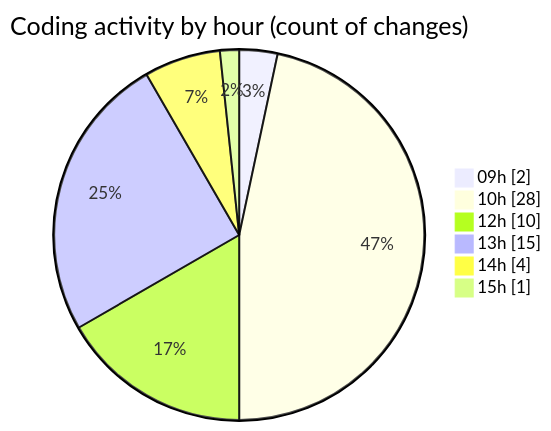
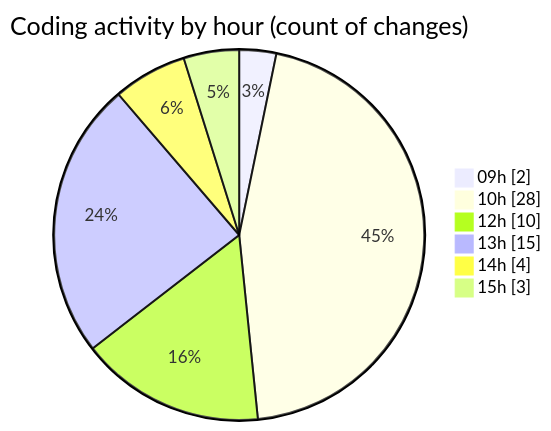
The second of 2 diagrams in 2026-08-06/cda/README.md (momahboobian/code-tracking), drawn with Mermaid before and after one commit. The commit also changed other lines of this file and 1 other file, not shown here.

````diff
--- a/2026-08-06/cda/README.md
+++ b/2026-08-06/cda/README.md
@@ -40,10 +40,10 @@
 ```mermaid
 pie showData
 title Coding activity by hour (count of changes)
 "09h" : 2
 "10h" : 28
 "12h" : 10
 "13h" : 15
 "14h" : 4
-"15h" : 1
+"15h" : 3
 ```
````
